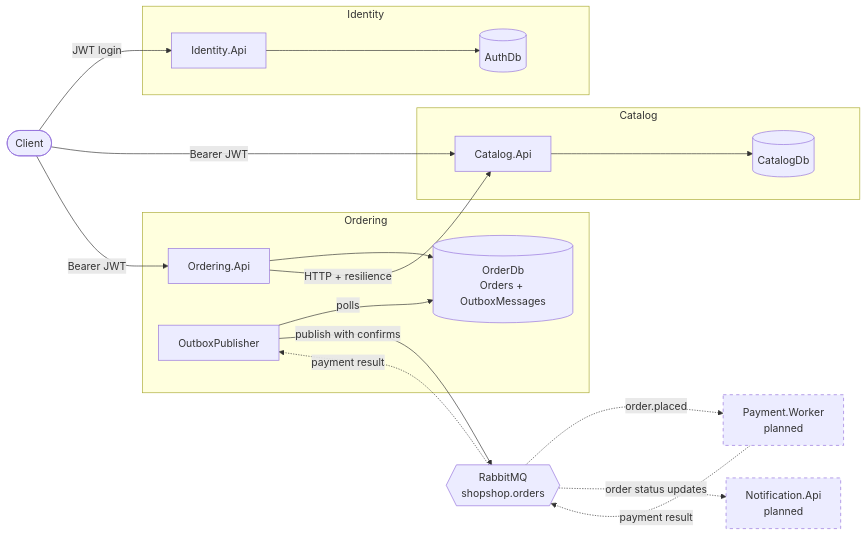
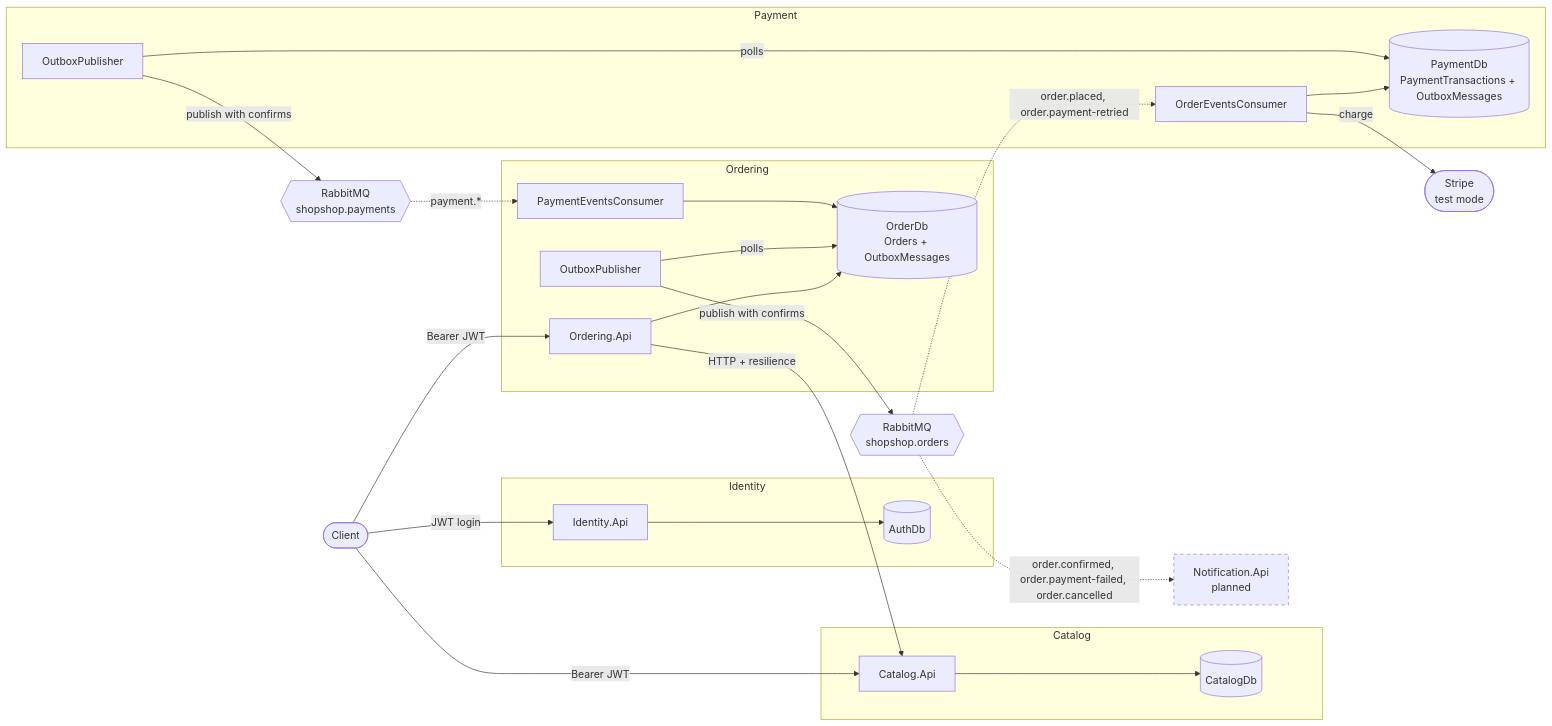
The first of 5 diagrams in docs/architecture.md (gurungsh/shopshop), drawn with Mermaid before and after one commit. The commit also changed other lines of this file and 1 other file, not shown here.

````diff
--- a/docs/architecture.md
+++ b/docs/architecture.md
@@ -39,41 +43,53 @@
 ```mermaid
 flowchart LR
     client([Client])
 
     subgraph identity[Identity]
         idApi[Identity.Api]
         authDb[(AuthDb)]
         idApi --> authDb
     end
 
     subgraph catalog[Catalog]
         catApi[Catalog.Api]
         catDb[(CatalogDb)]
         catApi --> catDb
     end
 
     subgraph ordering[Ordering]
         ordApi[Ordering.Api]
         ordDb[(OrderDb<br/>Orders + OutboxMessages)]
-        outbox[OutboxPublisher]
+        ordOutbox[OutboxPublisher]
+        ordConsumer[PaymentEventsConsumer]
         ordApi --> ordDb
-        outbox -- polls --> ordDb
+        ordOutbox -- polls --> ordDb
+        ordConsumer --> ordDb
     end
 
-    rabbit{{RabbitMQ<br/>shopshop.orders}}
-    payment[Payment.Worker<br/>planned]
+    subgraph payment[Payment]
+        payConsumer[OrderEventsConsumer]
+        payDb[(PaymentDb<br/>PaymentTransactions + OutboxMessages)]
+        payOutbox[OutboxPublisher]
+        payConsumer --> payDb
+        payOutbox -- polls --> payDb
+    end
+
+    orders{{RabbitMQ<br/>shopshop.orders}}
+    payments{{RabbitMQ<br/>shopshop.payments}}
+    stripe([Stripe<br/>test mode])
     notification[Notification.Api<br/>planned]
 
     client -- JWT login --> idApi
     client -- Bearer JWT --> catApi
     client -- Bearer JWT --> ordApi
     ordApi -- HTTP + resilience --> catApi
-    outbox -- publish with confirms --> rabbit
-    rabbit -.->|"order.placed"| payment
-    payment -.->|"payment result"| rabbit
-    rabbit -.->|"payment result"| outbox
-    rabbit -.->|"order status updates"| notification
+    ordOutbox -- publish with confirms --> orders
+    orders -.->|"order.placed, order.payment-retried"| payConsumer
+    payConsumer -- charge --> stripe
+    payOutbox -- publish with confirms --> payments
+    payments -.->|"payment.*"| ordConsumer
+    orders -.->|"order.confirmed, order.payment-failed, order.cancelled"| notification
 
     classDef planned stroke-dasharray: 5 5
-    class payment,notification planned
+    class notification planned
 ```
````
